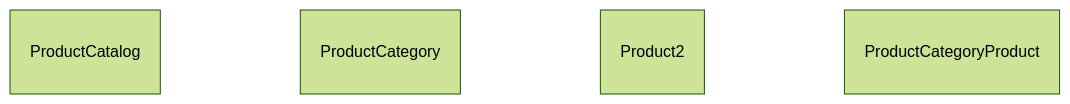
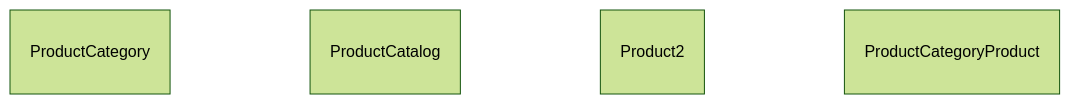
The first of 2 diagrams in docs/configuracion/intro.md (sebastianclaros/teatime), drawn with Mermaid (forest theme) before and after one commit. The commit also changed other lines of this file and 23 other files, not shown here.

````diff
--- a/docs/configuracion/intro.md
+++ b/docs/configuracion/intro.md
@@ -29,13 +30,13 @@
 ```mermaid
 erDiagram
 
+ProductCategory {
+}
 ProductCatalog {
-}
-ProductCategory {
 }
 Product2 {
 }
 ProductCategoryProduct {
 }
 
 ```
````
